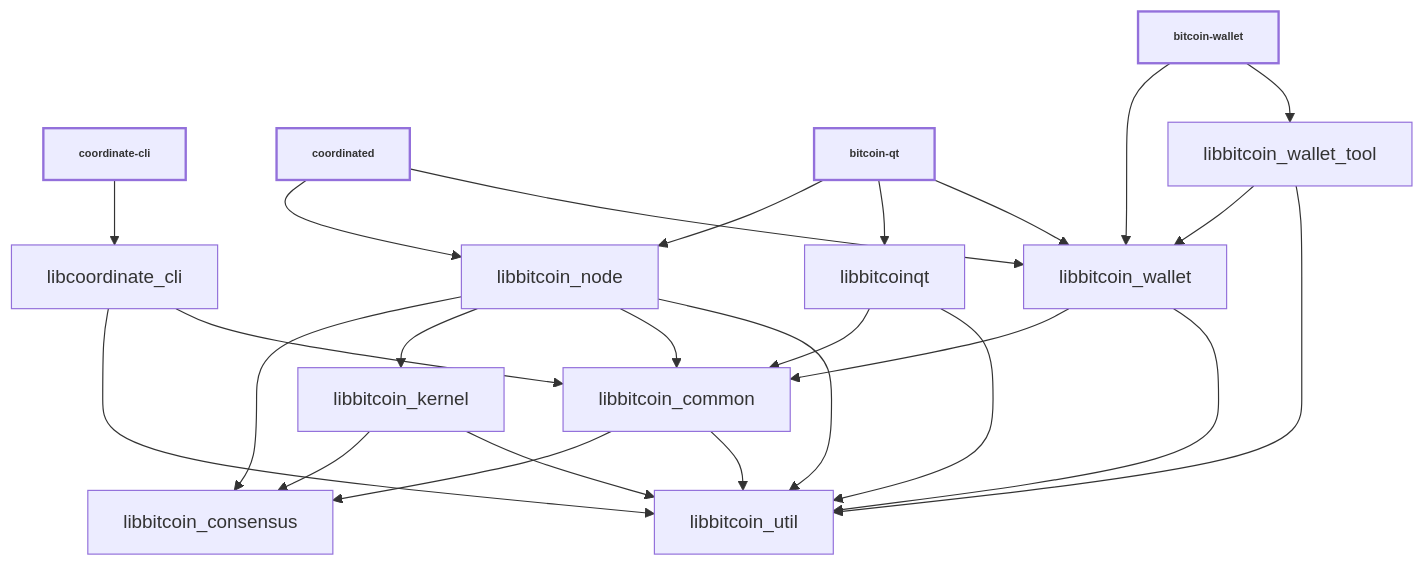
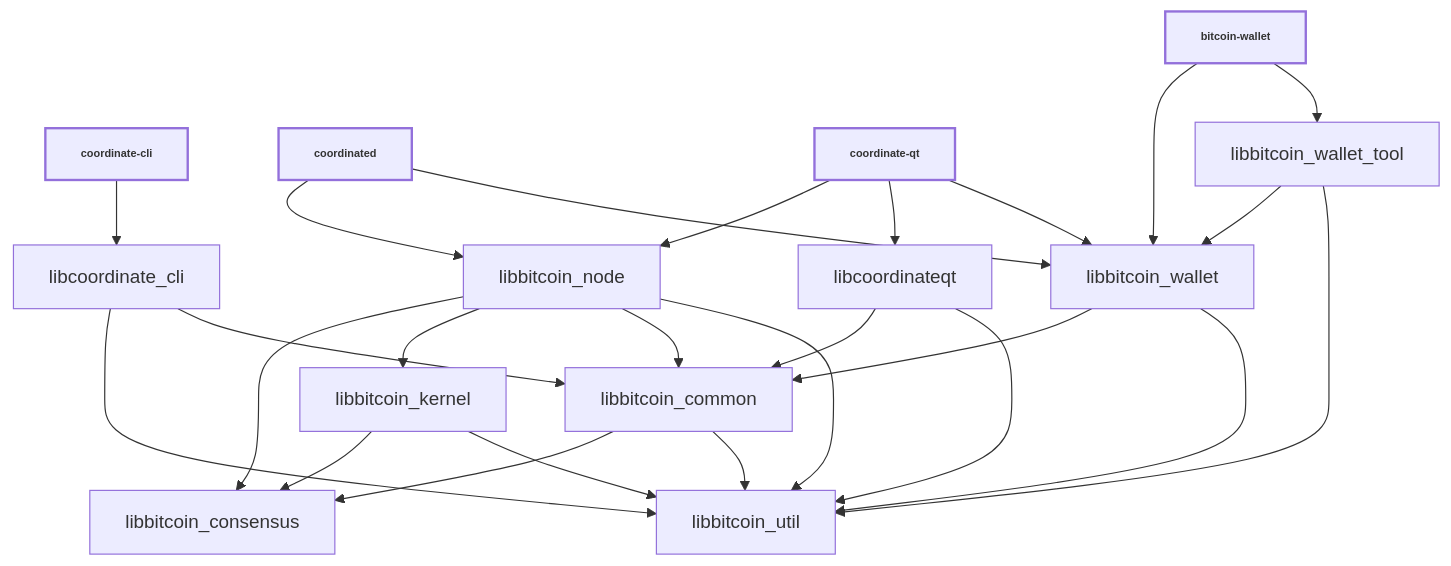
Before and after one commit to AnduroProject/coordinate: the diagram in doc/design/libraries.md, drawn with Mermaid. The commit also changed other lines of this file and 181 other files, not shown here.

Commit message:
updating bitcoin qt to coordinate qt

````diff
--- a/doc/design/libraries.md
+++ b/doc/design/libraries.md
@@ -36,44 +36,44 @@
 ```mermaid
 
 %%{ init : { "flowchart" : { "curve" : "basis" }}}%%
 
 graph TD;
 
 coordinate-cli[coordinate-cli]-->libcoordinate_cli;
 
 coordinated[coordinated]-->libbitcoin_node;
 coordinated[coordinated]-->libbitcoin_wallet;
 
-bitcoin-qt[bitcoin-qt]-->libbitcoin_node;
-bitcoin-qt[bitcoin-qt]-->libbitcoinqt;
-bitcoin-qt[bitcoin-qt]-->libbitcoin_wallet;
+coordinate-qt[coordinate-qt]-->libbitcoin_node;
+coordinate-qt[coordinate-qt]-->libcoordinateqt;
+coordinate-qt[coordinate-qt]-->libbitcoin_wallet;
 
 bitcoin-wallet[bitcoin-wallet]-->libbitcoin_wallet;
 bitcoin-wallet[bitcoin-wallet]-->libbitcoin_wallet_tool;
 
 libcoordinate_cli-->libbitcoin_util;
 libcoordinate_cli-->libbitcoin_common;
 
 libbitcoin_common-->libbitcoin_consensus;
 libbitcoin_common-->libbitcoin_util;
 
 libbitcoin_kernel-->libbitcoin_consensus;
 libbitcoin_kernel-->libbitcoin_util;
 
 libbitcoin_node-->libbitcoin_consensus;
 libbitcoin_node-->libbitcoin_kernel;
 libbitcoin_node-->libbitcoin_common;
 libbitcoin_node-->libbitcoin_util;
 
-libbitcoinqt-->libbitcoin_common;
-libbitcoinqt-->libbitcoin_util;
+libcoordinateqt-->libbitcoin_common;
+libcoordinateqt-->libbitcoin_util;
 
 libbitcoin_wallet-->libbitcoin_common;
 libbitcoin_wallet-->libbitcoin_util;
 
 libbitcoin_wallet_tool-->libbitcoin_wallet;
 libbitcoin_wallet_tool-->libbitcoin_util;
 
 classDef bold stroke-width:2px, font-weight:bold, font-size: smaller;
-class bitcoin-qt,coordinated,coordinate-cli,bitcoin-wallet bold
+class coordinate-qt,coordinated,coordinate-cli,bitcoin-wallet bold
 ```
````
